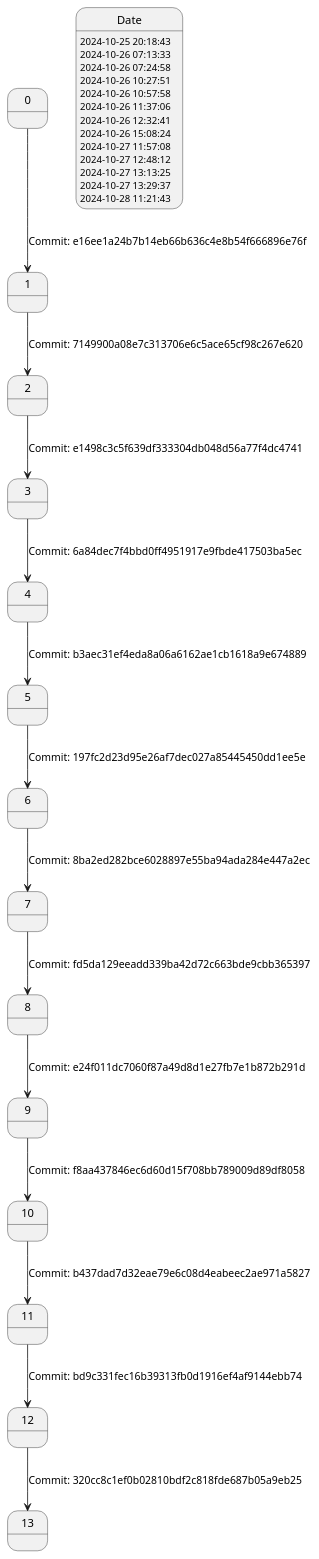
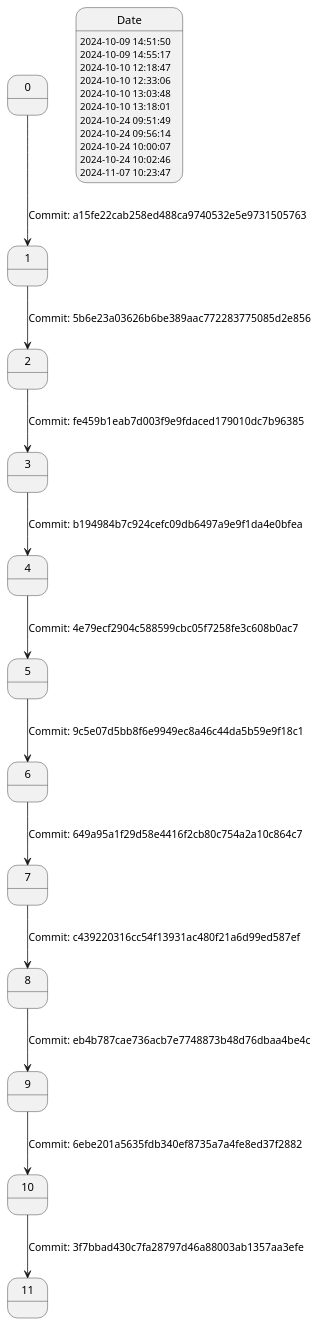
The diagram in gitdz/2_dz/git.puml (ValeriaKhomutova/Homework_config), drawn with PlantUML before and after one commit. The commit also changed 5 other files, not shown here.

```diff
--- a/gitdz/2_dz/git.puml
+++ b/gitdz/2_dz/git.puml
@@ -1,28 +1,24 @@
 @startuml
-0 --> 1 : Commit: e16ee1a24b7b14eb66b636c4e8b54f666896e76f
-Date: 2024-10-25 20:18:43
-1 --> 2 : Commit: 7149900a08e7c313706e6c5ace65cf98c267e620
-Date: 2024-10-26 07:13:33
-2 --> 3 : Commit: e1498c3c5f639df333304db048d56a77f4dc4741
-Date: 2024-10-26 07:24:58
-3 --> 4 : Commit: 6a84dec7f4bbd0ff4951917e9fbde417503ba5ec
-Date: 2024-10-26 10:27:51
-4 --> 5 : Commit: b3aec31ef4eda8a06a6162ae1cb1618a9e674889
-Date: 2024-10-26 10:57:58
-5 --> 6 : Commit: 197fc2d23d95e26af7dec027a85445450dd1ee5e
-Date: 2024-10-26 11:37:06
-6 --> 7 : Commit: 8ba2ed282bce6028897e55ba94ada284e447a2ec
-Date: 2024-10-26 12:32:41
-7 --> 8 : Commit: fd5da129eeadd339ba42d72c663bde9cbb365397
-Date: 2024-10-26 15:08:24
-8 --> 9 : Commit: e24f011dc7060f87a49d8d1e27fb7e1b872b291d
-Date: 2024-10-27 11:57:08
-9 --> 10 : Commit: f8aa437846ec6d60d15f708bb789009d89df8058
-Date: 2024-10-27 12:48:12
-10 --> 11 : Commit: b437dad7d32eae79e6c08d4eabeec2ae971a5827
-Date: 2024-10-27 13:13:25
-11 --> 12 : Commit: bd9c331fec16b39313fb0d1916ef4af9144ebb74
-Date: 2024-10-27 13:29:37
-12 --> 13 : Commit: 320cc8c1ef0b02810bdf2c818fde687b05a9eb25
-Date: 2024-10-28 11:21:43
+0 --> 1 : Commit: a15fe22cab258ed488ca9740532e5e9731505763
+Date: 2024-10-09 14:51:50
+1 --> 2 : Commit: 5b6e23a03626b6be389aac772283775085d2e856
+Date: 2024-10-09 14:55:17
+2 --> 3 : Commit: fe459b1eab7d003f9e9fdaced179010dc7b96385
+Date: 2024-10-10 12:18:47
+3 --> 4 : Commit: b194984b7c924cefc09db6497a9e9f1da4e0bfea
+Date: 2024-10-10 12:33:06
+4 --> 5 : Commit: 4e79ecf2904c588599cbc05f7258fe3c608b0ac7
+Date: 2024-10-10 13:03:48
+5 --> 6 : Commit: 9c5e07d5bb8f6e9949ec8a46c44da5b59e9f18c1
+Date: 2024-10-10 13:18:01
+6 --> 7 : Commit: 649a95a1f29d58e4416f2cb80c754a2a10c864c7
+Date: 2024-10-24 09:51:49
+7 --> 8 : Commit: c439220316cc54f13931ac480f21a6d99ed587ef
+Date: 2024-10-24 09:56:14
+8 --> 9 : Commit: eb4b787cae736acb7e7748873b48d76dbaa4be4c
+Date: 2024-10-24 10:00:07
+9 --> 10 : Commit: 6ebe201a5635fdb340ef8735a7a4fe8ed37f2882
+Date: 2024-10-24 10:02:46
+10 --> 11 : Commit: 3f7bbad430c7fa28797d46a88003ab1357aa3efe
+Date: 2024-11-07 10:23:47
 @enduml
```
